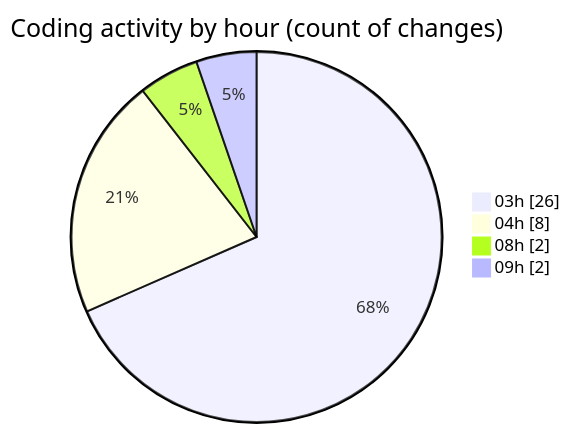
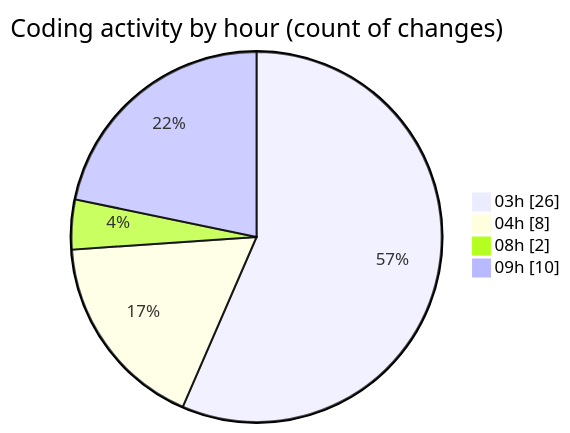
One commit to JenPaints/code-tracking changed the second of 2 diagrams in 2025-06-20/modeljsondesigner/README.md. Above: the diagram before and after it, drawn with Mermaid. The commit also changed other lines of this file and 1 other file, not shown here.

````diff
--- a/2025-06-20/modeljsondesigner/README.md
+++ b/2025-06-20/modeljsondesigner/README.md
@@ -39,8 +43,8 @@
 ```mermaid
 pie showData
 title Coding activity by hour (count of changes)
 "03h" : 26
 "04h" : 8
 "08h" : 2
-"09h" : 2
+"09h" : 10
 ```
````
